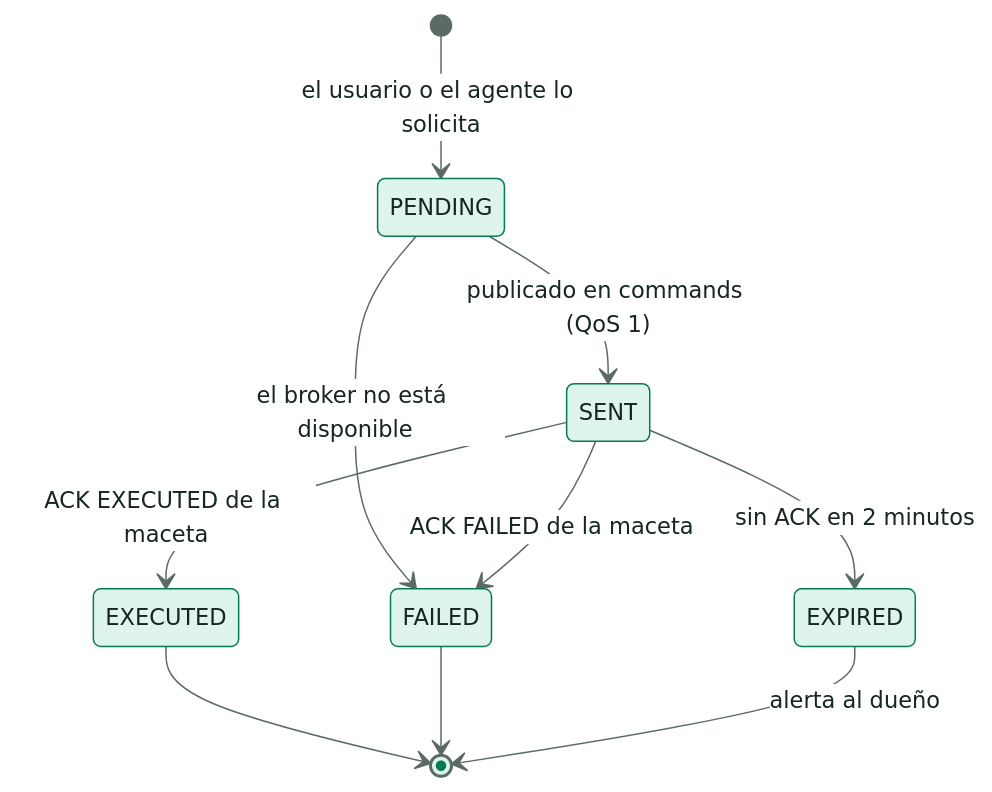
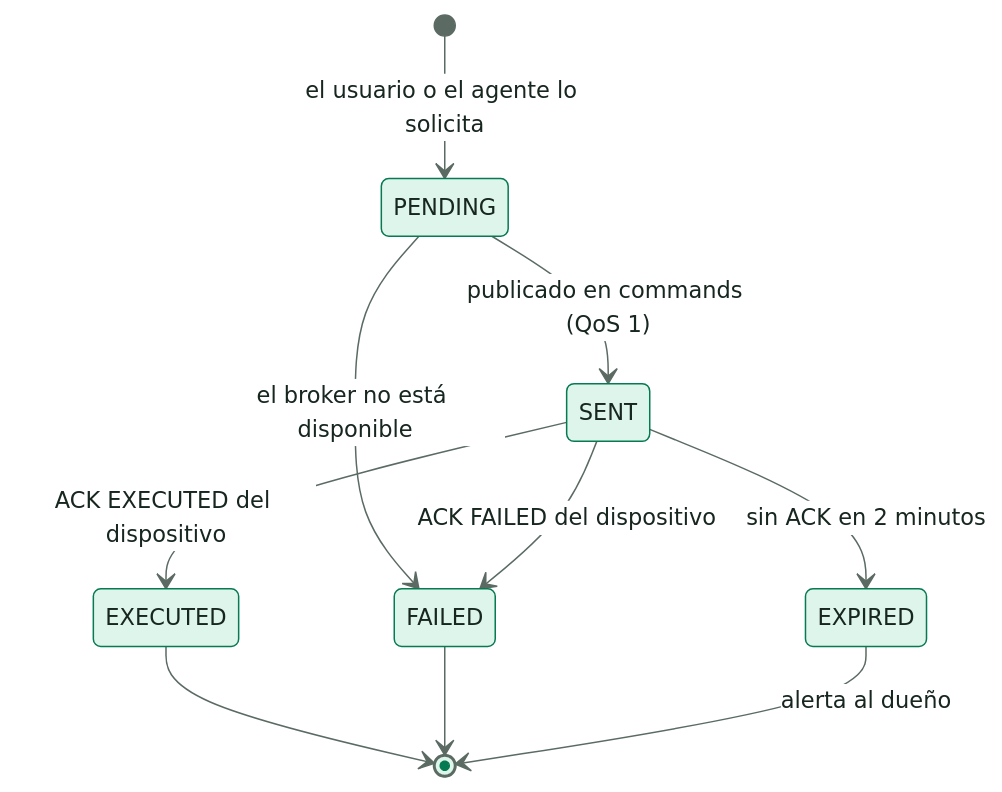
The diagram in docs/diagrams/SmartPot_05_Command_States.mmd (SmartPotTech/.github), drawn with Mermaid before and after one commit.

Commit message:
Confirm commands by the device in the command states

```diff
--- a/docs/diagrams/SmartPot_05_Command_States.mmd
+++ b/docs/diagrams/SmartPot_05_Command_States.mmd
@@ -1,11 +1,11 @@
 %%{init: {"theme": "base", "fontFamily": "Segoe UI, Arial, sans-serif", "themeVariables": {"fontFamily": "Segoe UI, Arial, sans-serif", "fontSize": "15px", "primaryColor": "#DDF5EA", "primaryTextColor": "#17261F", "primaryBorderColor": "#067A52", "secondaryColor": "#E3F2FB", "secondaryTextColor": "#17261F", "secondaryBorderColor": "#1F6FA0", "tertiaryColor": "#F2F7F4", "tertiaryTextColor": "#17261F", "tertiaryBorderColor": "#D5E3DC", "lineColor": "#5B6B63", "textColor": "#17261F", "mainBkg": "#DDF5EA", "nodeBorder": "#067A52", "clusterBkg": "#F7FAF8", "clusterBorder": "#D5E3DC", "edgeLabelBackground": "#FFFFFF", "actorBkg": "#067A52", "actorBorder": "#0B3D2B", "actorTextColor": "#FFFFFF", "actorLineColor": "#5B6B63", "signalColor": "#17261F", "signalTextColor": "#17261F", "labelBoxBkgColor": "#0B3D2B", "labelBoxBorderColor": "#0B3D2B", "labelTextColor": "#FFFFFF", "loopTextColor": "#0B3D2B", "noteBkgColor": "#FDF4DD", "noteBorderColor": "#C98D12", "noteTextColor": "#17261F", "activationBkgColor": "#DDF5EA", "activationBorderColor": "#067A52", "attributeBackgroundColorOdd": "#FFFFFF", "attributeBackgroundColorEven": "#F2F7F4"}}}%%
 stateDiagram-v2
   [*] --> PENDING: el usuario o el agente lo solicita
   PENDING --> SENT: publicado en commands (QoS 1)
   PENDING --> FAILED: el broker no está disponible
-  SENT --> EXECUTED: ACK EXECUTED de la maceta
-  SENT --> FAILED: ACK FAILED de la maceta
+  SENT --> EXECUTED: ACK EXECUTED del dispositivo
+  SENT --> FAILED: ACK FAILED del dispositivo
   SENT --> EXPIRED: sin ACK en 2 minutos
   EXECUTED --> [*]
   FAILED --> [*]
   EXPIRED --> [*]: alerta al dueño
```
